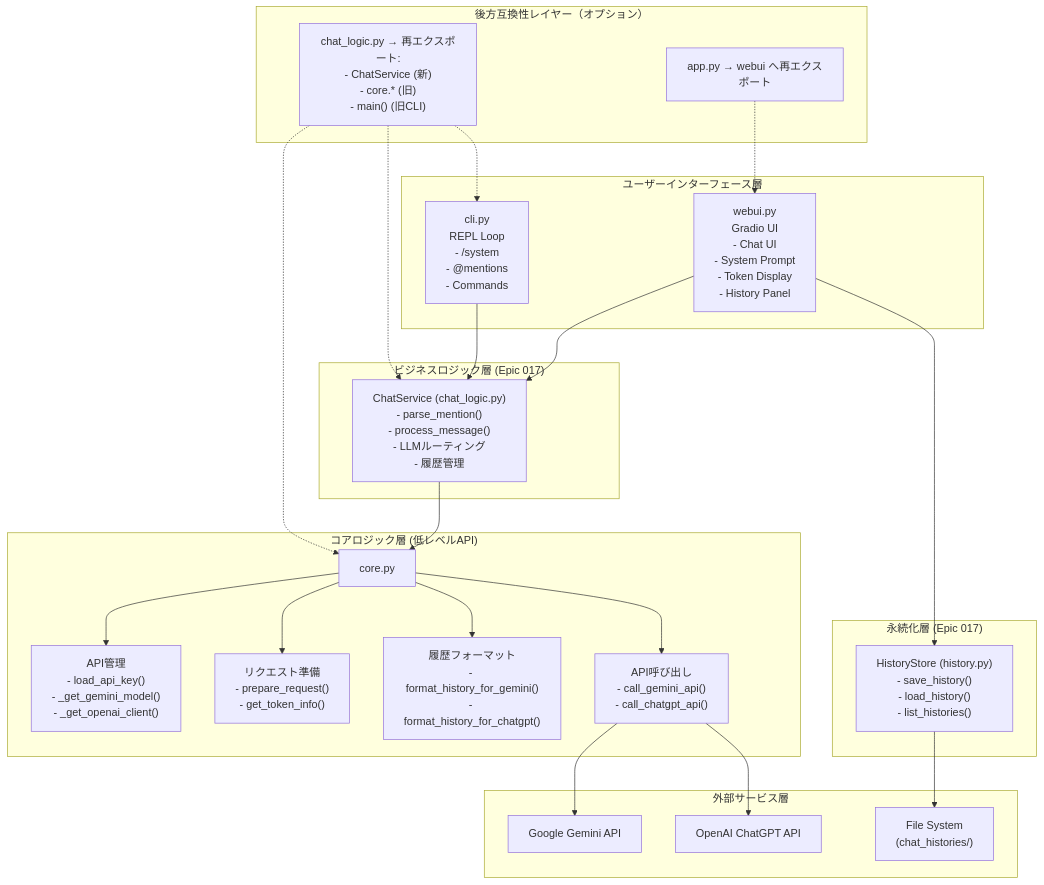
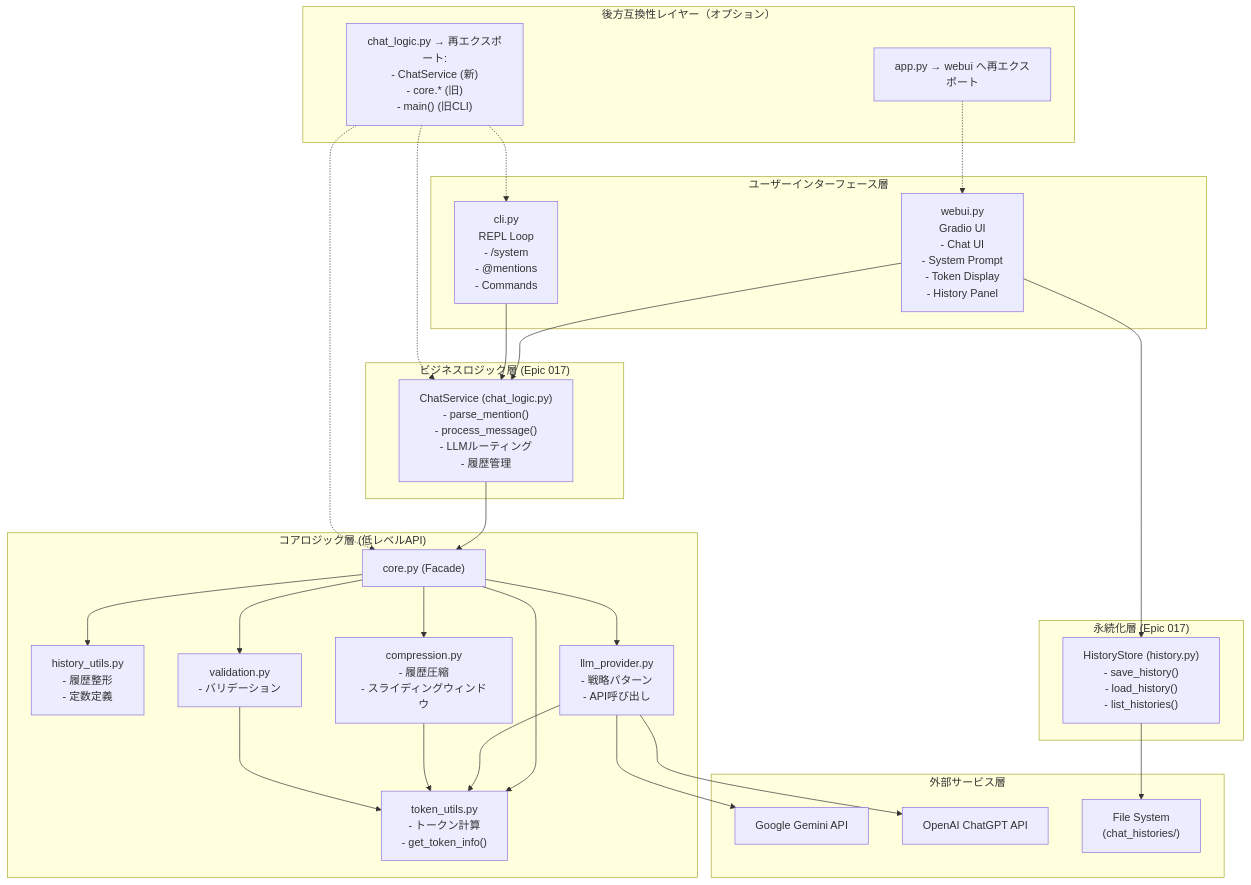
Before and after one commit to aoitan/multi-llm-chat: the first of 3 diagrams in doc/architecture.md, drawn with Mermaid. The commit also changed other lines of this file and 13 other files, not shown here.

````diff
--- a/doc/architecture.md
+++ b/doc/architecture.md
@@ -9,50 +9,55 @@
 ```mermaid
 graph TB
     subgraph UI["ユーザーインターフェース層"]
         WebUI["webui.py<br/>Gradio UI<br/>- Chat UI<br/>- System Prompt<br/>- Token Display<br/>- History Panel"]
         CLI["cli.py<br/>REPL Loop<br/>- /system<br/>- @mentions<br/>- Commands"]
     end
     
     subgraph Service["ビジネスロジック層 (Epic 017)"]
         ChatService["ChatService (chat_logic.py)<br/>- parse_mention()<br/>- process_message()<br/>- LLMルーティング<br/>- 履歴管理"]
     end
     
     subgraph Core["コアロジック層 (低レベルAPI)"]
-        CorePy["core.py"]
-        API["API管理<br/>- load_api_key()<br/>- _get_gemini_model()<br/>- _get_openai_client()"]
-        Req["リクエスト準備<br/>- prepare_request()<br/>- get_token_info()"]
-        Fmt["履歴フォーマット<br/>- format_history_for_gemini()<br/>- format_history_for_chatgpt()"]
-        Call["API呼び出し<br/>- call_gemini_api()<br/>- call_chatgpt_api()"]
+        CorePy["core.py (Facade)"]
+        TokenUtils["token_utils.py<br/>- トークン計算<br/>- get_token_info()"]
+        HistoryUtils["history_utils.py<br/>- 履歴整形<br/>- 定数定義"]
+        Compression["compression.py<br/>- 履歴圧縮<br/>- スライディングウィンドウ"]
+        Validation["validation.py<br/>- バリデーション"]
+        LLMProvider["llm_provider.py<br/>- 戦略パターン<br/>- API呼び出し"]
     end
     
     subgraph Persistence["永続化層 (Epic 017)"]
         HistoryStore["HistoryStore (history.py)<br/>- save_history()<br/>- load_history()<br/>- list_histories()"]
     end
     
     subgraph External["外部サービス層"]
         Gemini["Google Gemini API"]
         ChatGPT["OpenAI ChatGPT API"]
         FileSystem["File System<br/>(chat_histories/)"]
     end
     
     subgraph Compat["後方互換性レイヤー（オプション）"]
         AppPy["app.py → webui へ再エクスポート"]
         ChatLogic["chat_logic.py → 再エクスポート:<br/>- ChatService (新)<br/>- core.* (旧)<br/>- main() (旧CLI)"]
     end
     
     WebUI --> ChatService
     CLI --> ChatService
     WebUI --> HistoryStore
     ChatService --> CorePy
-    CorePy --> API
-    CorePy --> Req
-    CorePy --> Fmt
-    CorePy --> Call
-    Call --> Gemini
-    Call --> ChatGPT
+    CorePy --> TokenUtils
+    CorePy --> HistoryUtils
+    CorePy --> Compression
+    CorePy --> Validation
+    CorePy --> LLMProvider
+    LLMProvider --> TokenUtils
+    Compression --> TokenUtils
+    Validation --> TokenUtils
+    LLMProvider --> Gemini
+    LLMProvider --> ChatGPT
     HistoryStore --> FileSystem
     AppPy -.-> WebUI
     ChatLogic -.-> ChatService
     ChatLogic -.-> CorePy
     ChatLogic -.-> CLI
 ```
````
